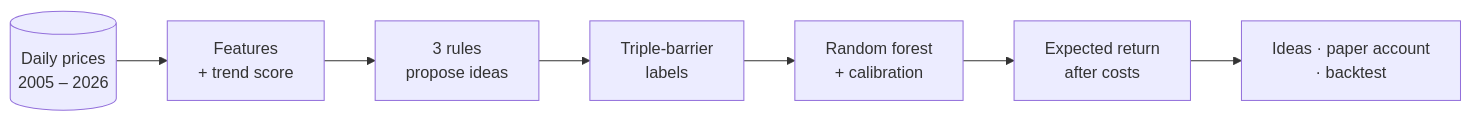
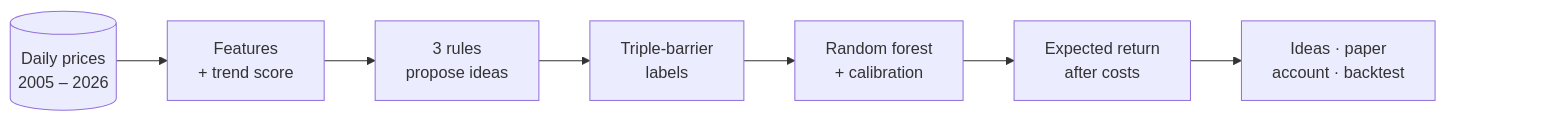
Before and after one commit to PranavAshokkumar/Stonks_Lite: the diagram in README.md, drawn with Mermaid.

Commit message:
README: keep GitHub's diagram controls off the last node

````diff
--- a/README.md
+++ b/README.md
@@ -187,9 +187,11 @@
 ```mermaid
 flowchart LR
     data[("Daily prices<br/>2005 – 2026")] --> feat["Features<br/>+ trend score"]
     feat --> rules["3 rules<br/>propose ideas"]
     rules --> labels["Triple-barrier<br/>labels"]
     labels --> model["Random forest<br/>+ calibration"]
     model --> er["Expected return<br/>after costs"]
-    er --> out["Ideas · paper account<br/>· backtest"]
+    er --> out["Ideas · paper<br/>account · backtest"]
+    out ~~~ pad[" "]:::spacer
+    classDef spacer fill:transparent,stroke:transparent
 ```
````
